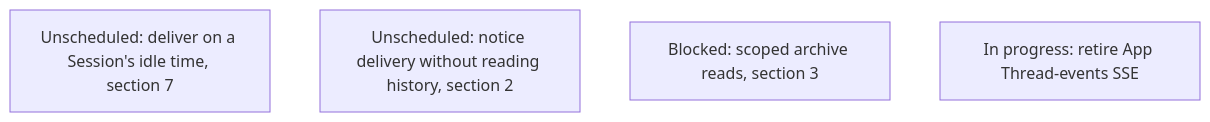
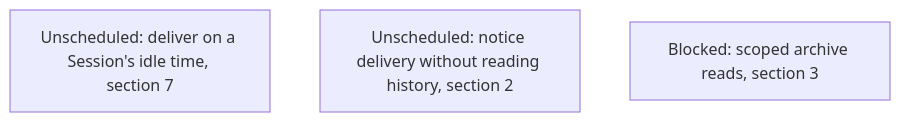
Before and after one commit to agentydragon/ducktape: diagram 12 of 18 in agentplane/plans/task_dag.md, drawn with Mermaid. The commit also changed other lines of this file and 25 other files, not shown here.

Commit message:
Retire App Thread SSE endpoint

````diff
--- a/agentplane/plans/task_dag.md
+++ b/agentplane/plans/task_dag.md
@@ -2188,7 +2188,6 @@
 ```mermaid
 flowchart TD
     SESSION_ACTIVITY_STREAM[Unscheduled: deliver on a Session's idle time, section 7]
     NOTIFICATION_COMMAND_OUTCOME_DESIGN[Unscheduled: notice delivery without reading history, section 2]
     THREAD_READ_POLICY[Blocked: scoped archive reads, section 3]
-    THREAD_EVENTS_SSE_RETIREMENT[In progress: retire App Thread-events SSE]
 ```
````
